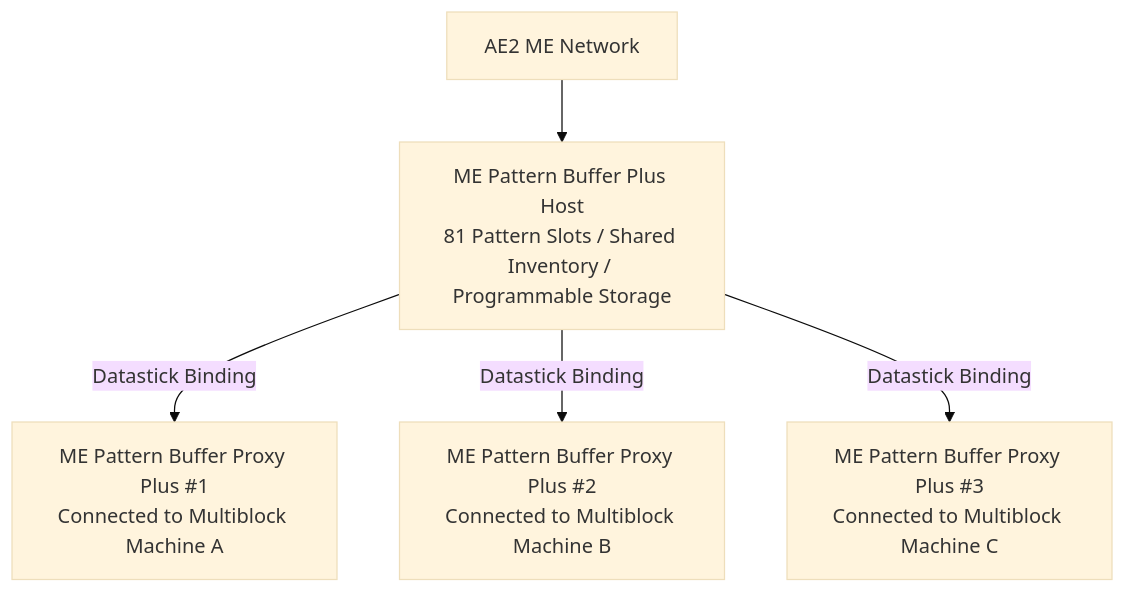
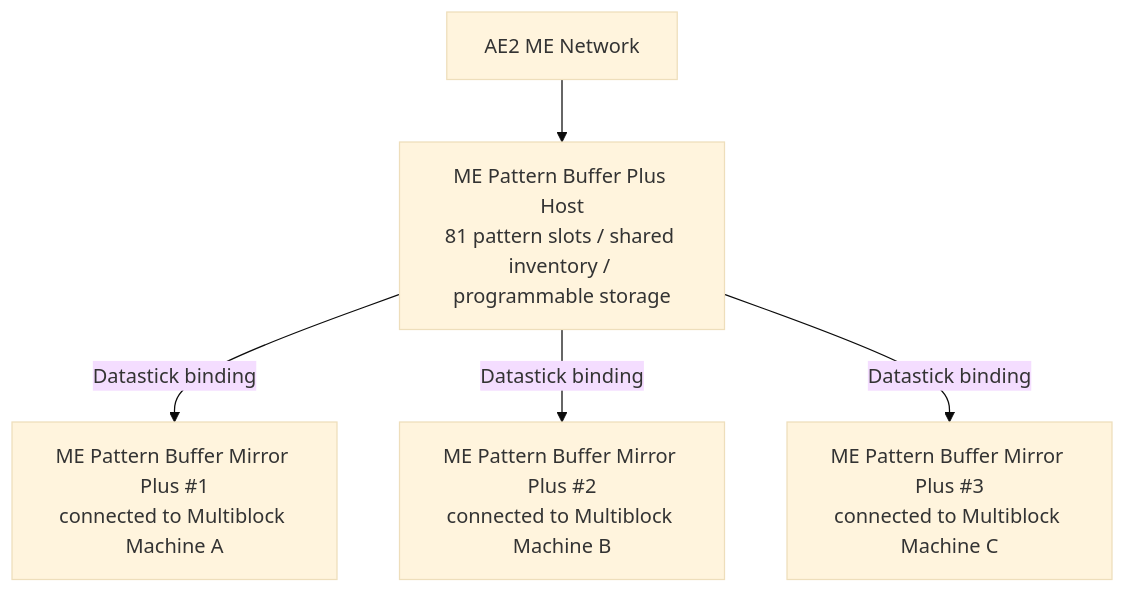
Before and after one commit to takanashisatou/GregtechEasy: the diagram in docs/en/gtecore/ae2-integration.md, drawn with Mermaid (base theme). The commit also changed other lines of this file and 144 other files, not shown here.

````diff
--- a/docs/en/gtecore/ae2-integration.md
+++ b/docs/en/gtecore/ae2-integration.md
@@ -13,7 +13,7 @@
 ```mermaid
 graph TD
-    A[AE2 ME Network] --> B[ME Pattern Buffer Plus Host<br/>81 Pattern Slots / Shared Inventory / Programmable Storage]
-    B -->|Datastick Binding| C[ME Pattern Buffer Proxy Plus #1<br/>Connected to Multiblock Machine A]
-    B -->|Datastick Binding| D[ME Pattern Buffer Proxy Plus #2<br/>Connected to Multiblock Machine B]
-    B -->|Datastick Binding| E[ME Pattern Buffer Proxy Plus #3<br/>Connected to Multiblock Machine C]
+    A[AE2 ME Network] --> B[ME Pattern Buffer Plus Host<br/>81 pattern slots / shared inventory / programmable storage]
+    B -->|Datastick binding| C[ME Pattern Buffer Mirror Plus #1<br/>connected to Multiblock Machine A]
+    B -->|Datastick binding| D[ME Pattern Buffer Mirror Plus #2<br/>connected to Multiblock Machine B]
+    B -->|Datastick binding| E[ME Pattern Buffer Mirror Plus #3<br/>connected to Multiblock Machine C]
 ```
````
